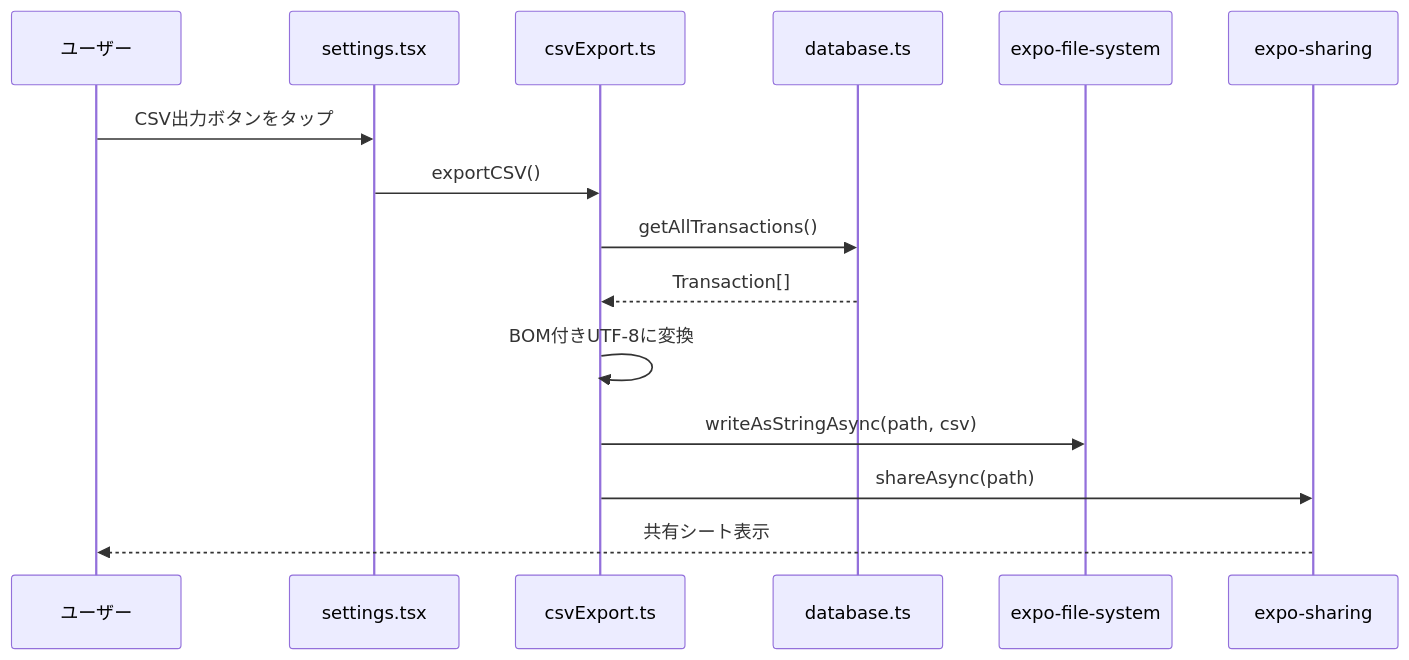
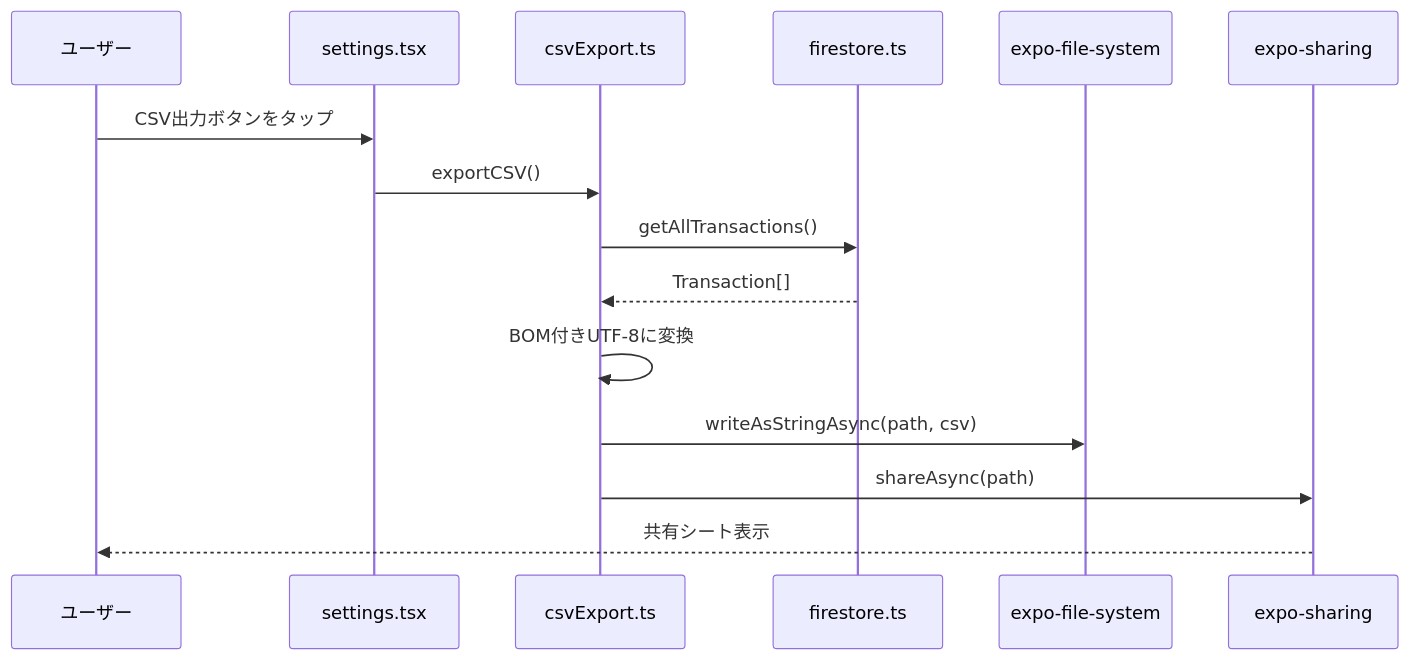
One commit to PLUG365/moneyplanner changed the fifth of 6 diagrams in ARCHITECTURE.md. Above: the diagram before and after it, drawn with Mermaid. The commit also changed other lines of this file and 63 other files, not shown here.

````diff
--- a/ARCHITECTURE.md
+++ b/ARCHITECTURE.md
@@ -128,18 +201,18 @@
 ```mermaid
 sequenceDiagram
     participant User as ユーザー
     participant Settings as settings.tsx
     participant CSV as csvExport.ts
-    participant DB as database.ts
+    participant DB as firestore.ts
     participant FS as expo-file-system
     participant Share as expo-sharing
 
     User->>Settings: CSV出力ボタンをタップ
     Settings->>CSV: exportCSV()
     CSV->>DB: getAllTransactions()
     DB-->>CSV: Transaction[]
     CSV->>CSV: BOM付きUTF-8に変換
     CSV->>FS: writeAsStringAsync(path, csv)
     CSV->>Share: shareAsync(path)
     Share-->>User: 共有シート表示
 ```
````
